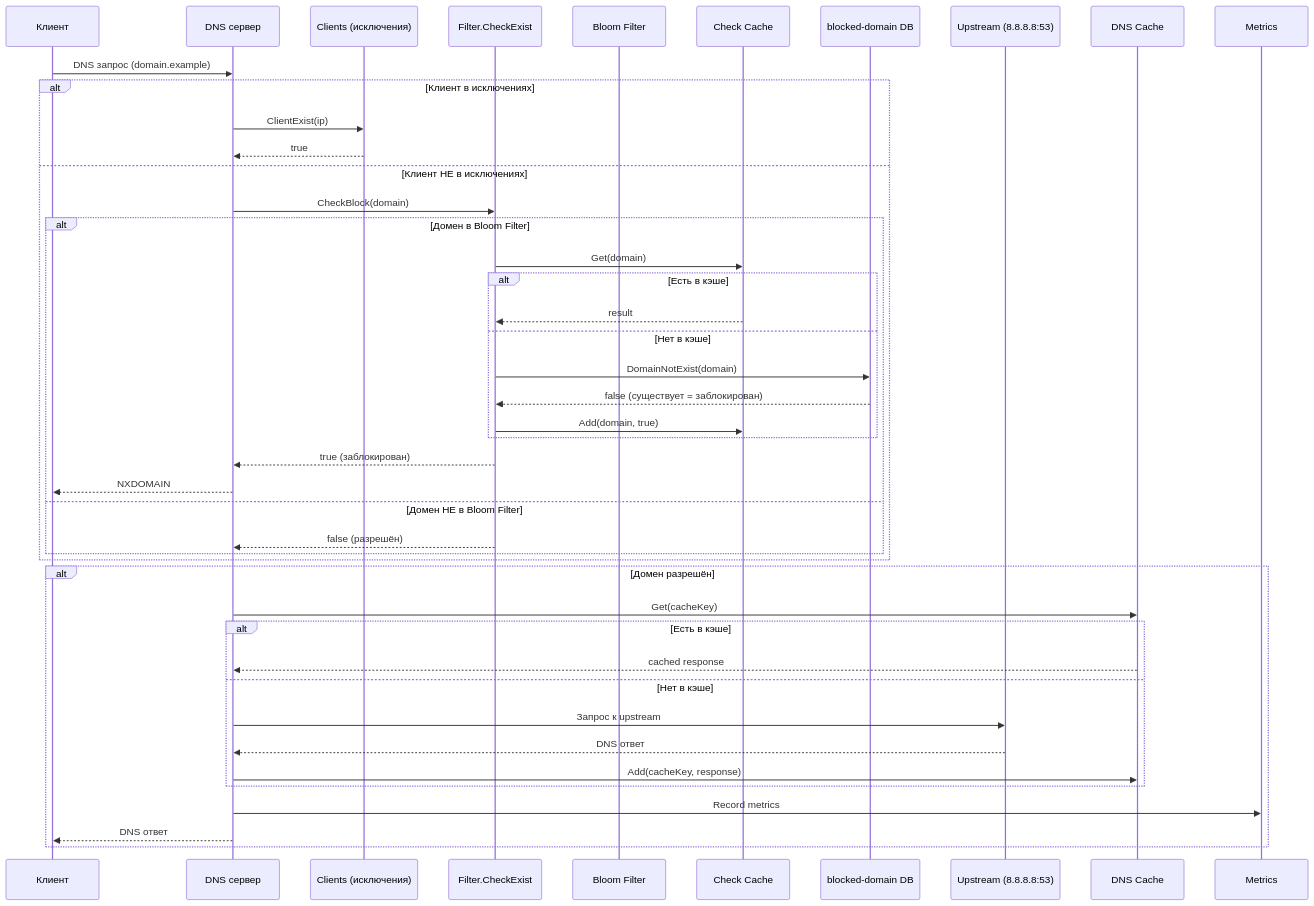
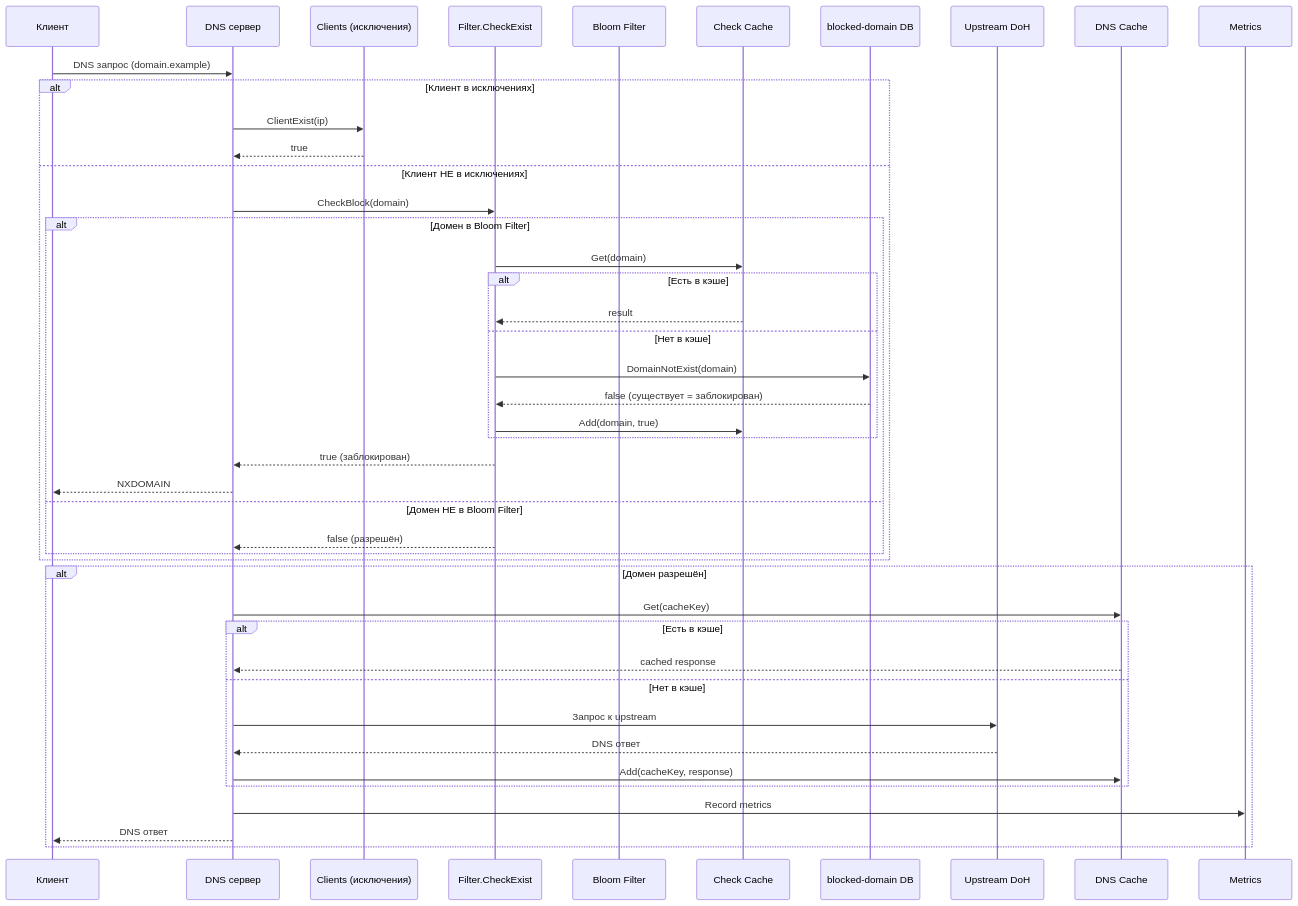
One commit to alextorq/dns-filter changed the second of 2 diagrams in ARCHITECTURE.md. Above: the diagram before and after it, drawn with Mermaid. The commit also changed other lines of this file and 8 other files, not shown here.

````diff
--- a/ARCHITECTURE.md
+++ b/ARCHITECTURE.md
@@ -293,54 +293,54 @@
 ```mermaid
 sequenceDiagram
     participant C as Клиент
     participant DNS as DNS сервер
     participant Clients as Clients (исключения)
     participant Filter as Filter.CheckExist
     participant BF as Bloom Filter
     participant Cache as Check Cache
     participant DB as blocked-domain DB
-    participant Up as Upstream (8.8.8.8:53)
+    participant Up as Upstream DoH
     participant DnsCache as DNS Cache
     participant Metric as Metrics
 
     C->>DNS: DNS запрос (domain.example)
     
     alt Клиент в исключениях
         DNS->>Clients: ClientExist(ip)
         Clients-->>DNS: true
     else Клиент НЕ в исключениях
         DNS->>Filter: CheckBlock(domain)
         
         alt Домен в Bloom Filter
             Filter->>Cache: Get(domain)
             
             alt Есть в кэше
                 Cache-->>Filter: result
             else Нет в кэше
                 Filter->>DB: DomainNotExist(domain)
                 DB-->>Filter: false (существует = заблокирован)
                 Filter->>Cache: Add(domain, true)
             end
             
             Filter-->>DNS: true (заблокирован)
             DNS-->>C: NXDOMAIN
         else Домен НЕ в Bloom Filter
             Filter-->>DNS: false (разрешён)
         end
     end
     
     alt Домен разрешён
         DNS->>DnsCache: Get(cacheKey)
         
         alt Есть в кэше
             DnsCache-->>DNS: cached response
         else Нет в кэше
             DNS->>Up: Запрос к upstream
             Up-->>DNS: DNS ответ
             DNS->>DnsCache: Add(cacheKey, response)
         end
         
         DNS->>Metric: Record metrics
         DNS-->>C: DNS ответ
     end
 ```
````
